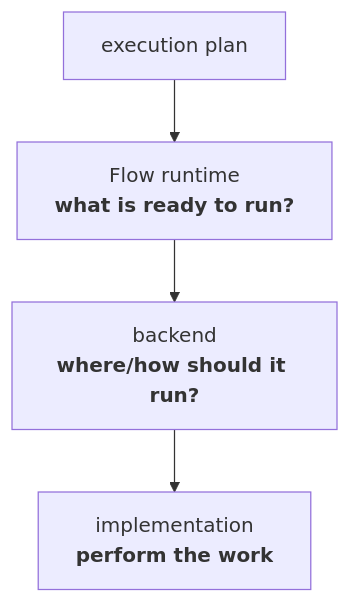
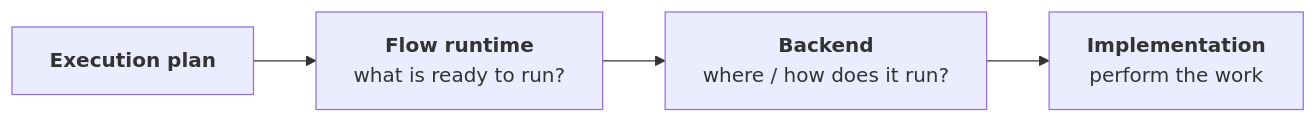
One commit to FAST-HEP/fasthep-flow changed the sixth of 7 diagrams in docs/execution/runtime.md. Above: the diagram before and after it, drawn with Mermaid. The commit also changed other lines of this file and 7 other files, not shown here.

````diff
--- a/docs/execution/runtime.md
+++ b/docs/execution/runtime.md
@@ -623,9 +618,9 @@
 ```{mermaid}
-flowchart TD
-    Plan["execution plan"]
-    Runtime["Flow runtime<br/><b>what is ready to run?</b>"]
-    Backend["backend<br/><b>where/how should it run?</b>"]
-    Impl["implementation<br/><b>perform the work</b>"]
+flowchart LR
+    Plan["<b>Execution plan</b>"]:::plan
+    Runtime["<b>Flow runtime</b><br/>what is ready to run?"]:::runtime
+    Backend["<b>Backend</b><br/>where / how does it run?"]:::capability
+    Impl["<b>Implementation</b><br/>perform the work"]:::transform
 
     Plan --> Runtime --> Backend --> Impl
 ```
````
